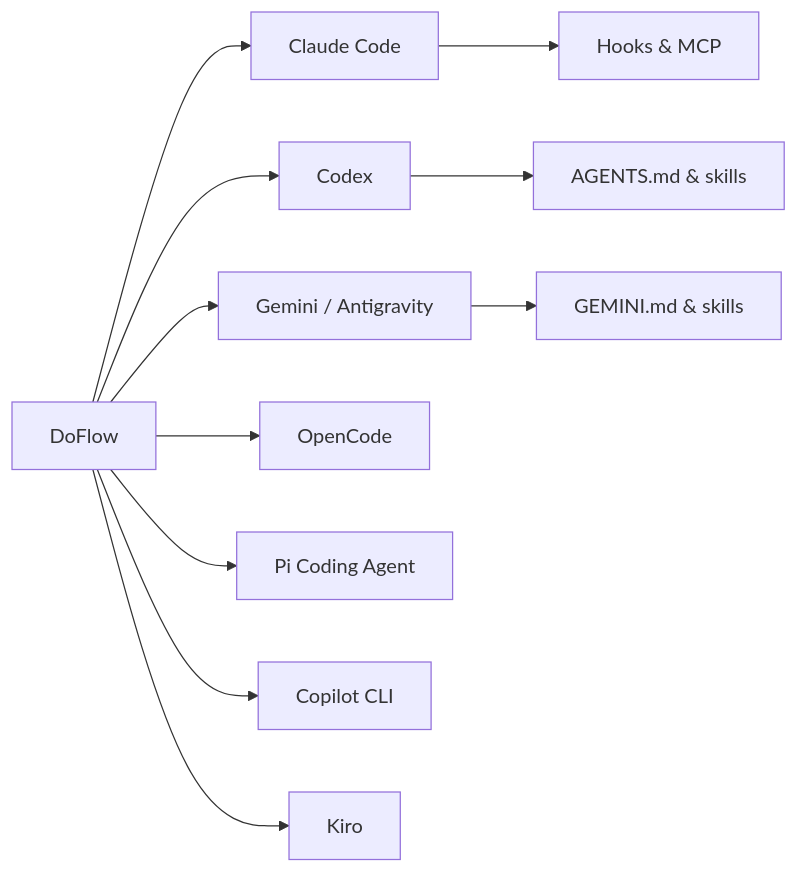
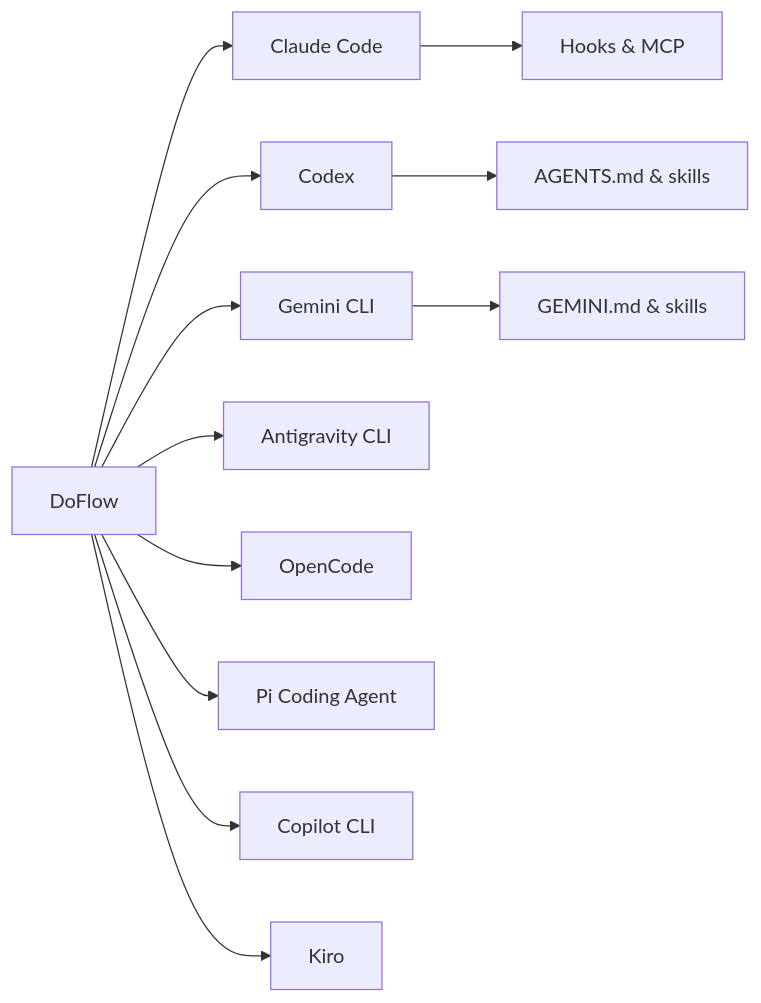
One commit to khoavu882/do-flow changed the diagram in docs/index.md. Above: the diagram before and after it, drawn with Mermaid. The commit also changed other lines of this file and 10 other files, not shown here.

````diff
--- a/docs/index.md
+++ b/docs/index.md
@@ -6,13 +6,14 @@
 ```mermaid
 flowchart LR
     D[DoFlow] --> C[Claude Code]
     D --> X[Codex]
-    D --> G[Gemini / Antigravity]
+    D --> G[Gemini CLI]
+    D --> A[Antigravity CLI]
     D --> O[OpenCode]
     D --> P[Pi Coding Agent]
     D --> CP[Copilot CLI]
     D --> K[Kiro]
     C --> H[Hooks & MCP]
     X --> S[AGENTS.md & skills]
     G --> R[GEMINI.md & skills]
 ```
````
